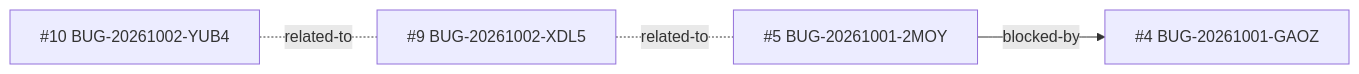
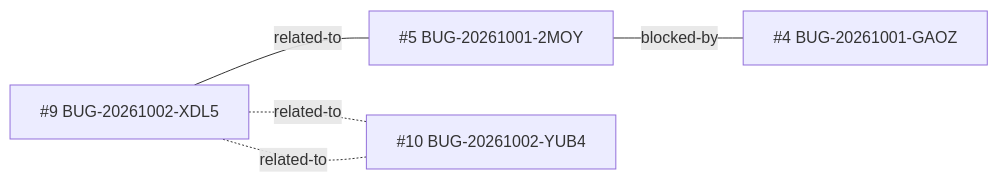
The diagram in _reversa_bugs/integracao-whatsapp-web/generated/graph.md (iago-leal/whispper-whatsapp-web), drawn with Mermaid before and after one commit. The commit also changed other lines of this file and 21 other files, not shown here.

First line of the commit message:
docs(reversa): encerra o BUG-20261002-XDL5

````diff
--- a/_reversa_bugs/integracao-whatsapp-web/generated/graph.md
+++ b/_reversa_bugs/integracao-whatsapp-web/generated/graph.md
@@ -5,10 +5,11 @@
 ```mermaid
 graph LR
   BUG_20261001_GAOZ["#4 BUG-20261001-GAOZ"]
   BUG_20261001_2MOY["#5 BUG-20261001-2MOY"]
   BUG_20261002_XDL5["#9 BUG-20261002-XDL5"]
   BUG_20261002_YUB4["#10 BUG-20261002-YUB4"]
-  BUG_20261001_2MOY -->|blocked-by| BUG_20261001_GAOZ
-  BUG_20261002_XDL5 -.-|related-to| BUG_20261001_2MOY
+  BUG_20261001_2MOY ---|blocked-by| BUG_20261001_GAOZ
+  BUG_20261002_XDL5 ---|related-to| BUG_20261001_2MOY
+  BUG_20261002_XDL5 -.-|related-to| BUG_20261002_YUB4
   BUG_20261002_YUB4 -.-|related-to| BUG_20261002_XDL5
 ```
````
